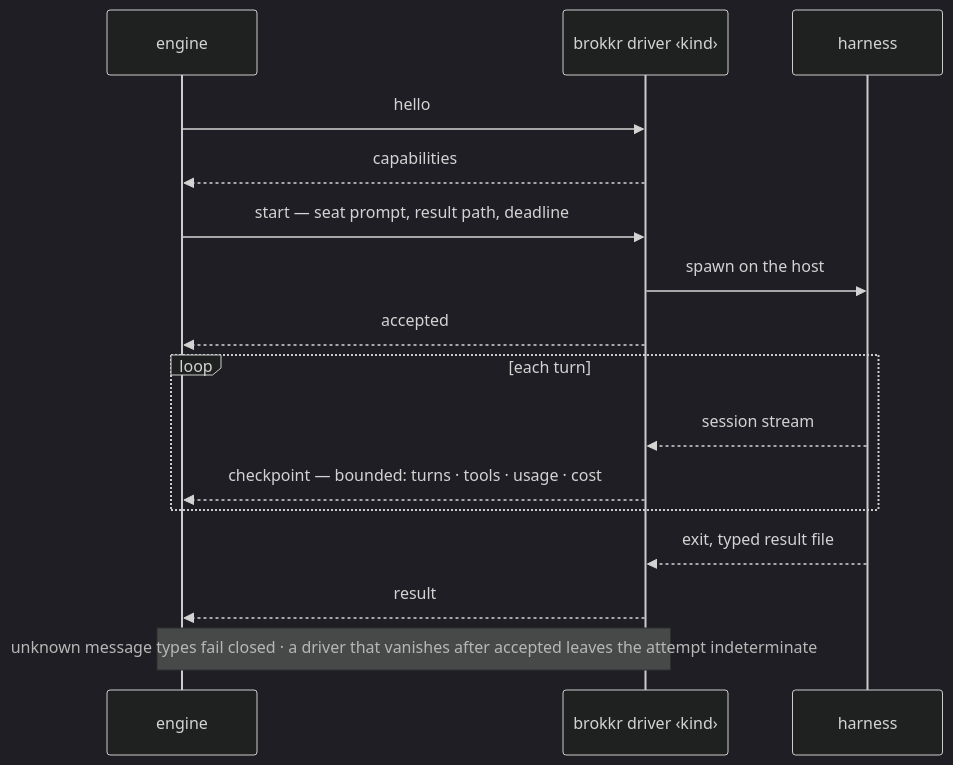
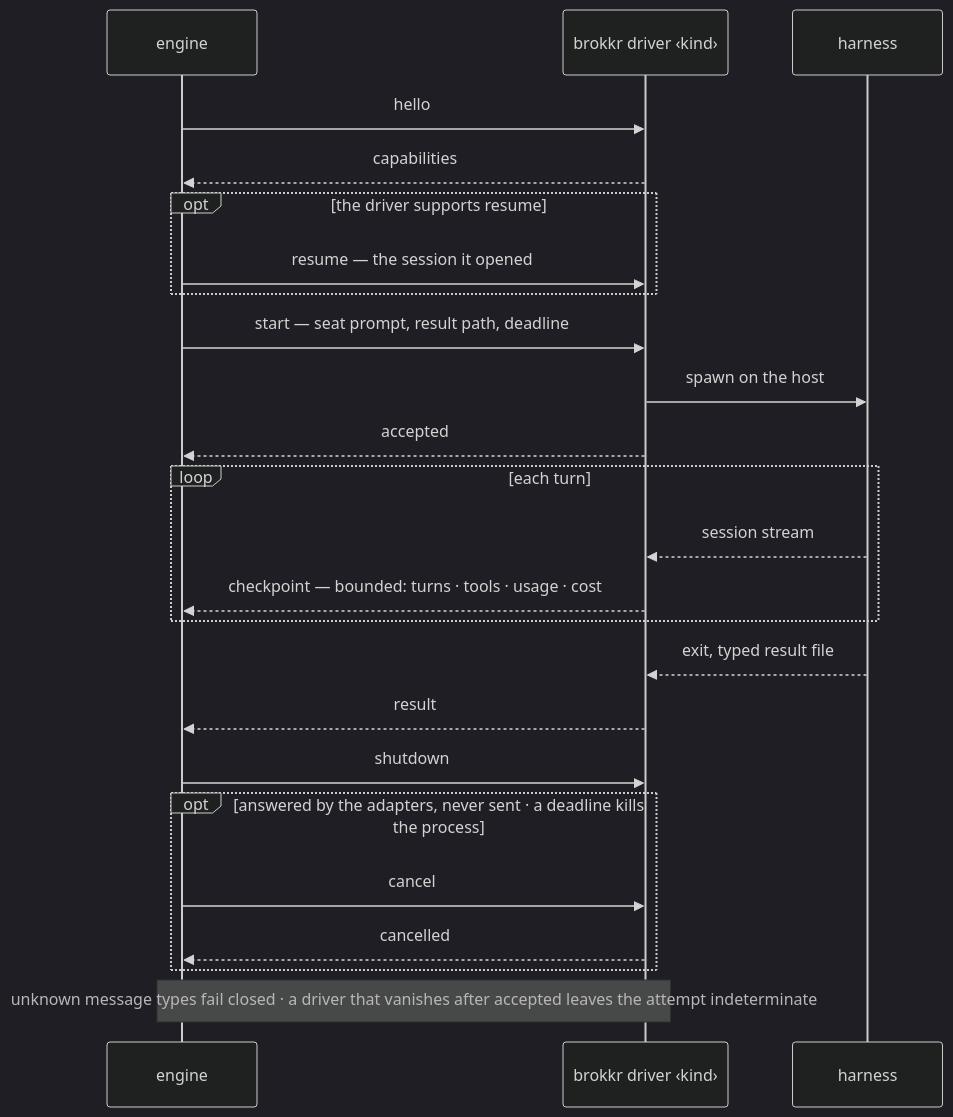
One commit to feedback-loop-ai/brokkr changed the eighth of 8 diagrams in ARCHITECTURE.md. Above: the diagram before and after it, drawn with Mermaid (dark theme). The commit also changed other lines of this file and 11 other files, not shown here.

````diff
--- a/ARCHITECTURE.md
+++ b/ARCHITECTURE.md
@@ -226,18 +249,26 @@
 ```mermaid
 sequenceDiagram
   participant E as engine
   participant D as brokkr driver ‹kind›
   participant H as harness
   E->>D: hello
   D-->>E: capabilities
+  opt the driver supports resume
+    E->>D: resume — the session it opened
+  end
   E->>D: start — seat prompt, result path, deadline
   D->>H: spawn on the host
   D-->>E: accepted
   loop each turn
     H-->>D: session stream
     D-->>E: checkpoint — bounded: turns · tools · usage · cost
   end
   H-->>D: exit, typed result file
   D-->>E: result
+  E->>D: shutdown
+  opt answered by the adapters, never sent · a deadline kills the process
+    E->>D: cancel
+    D-->>E: cancelled
+  end
   Note over E,D: unknown message types fail closed · a driver that vanishes after accepted leaves the attempt indeterminate
 ```
````
